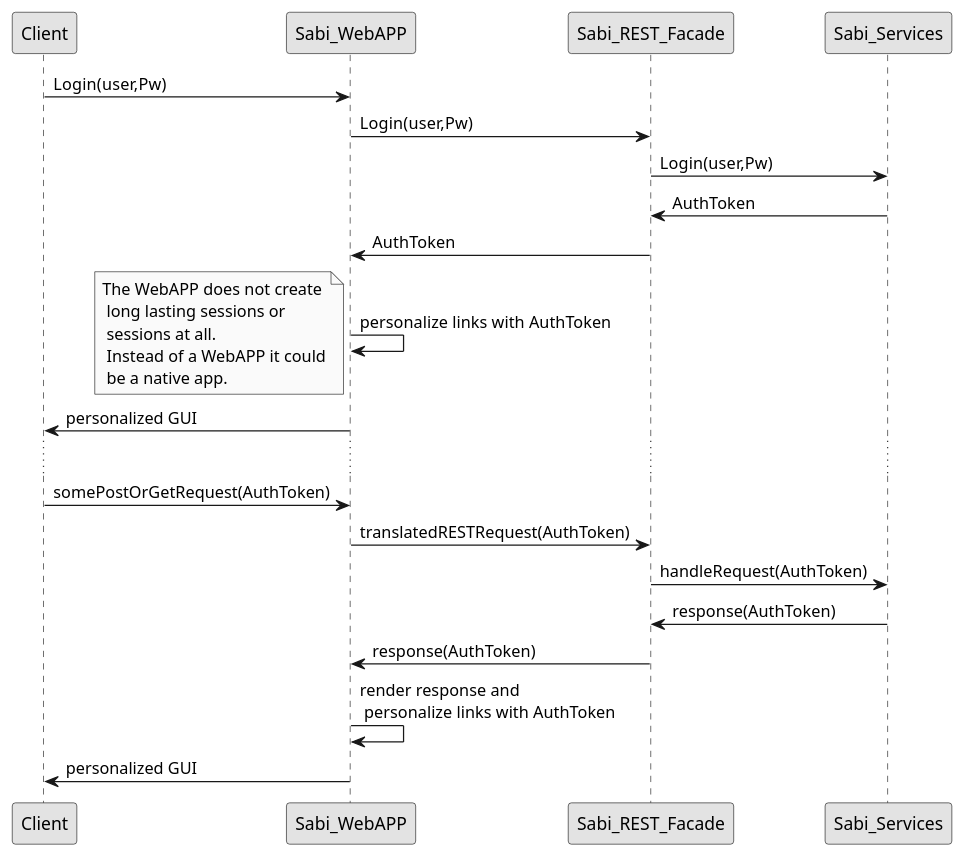
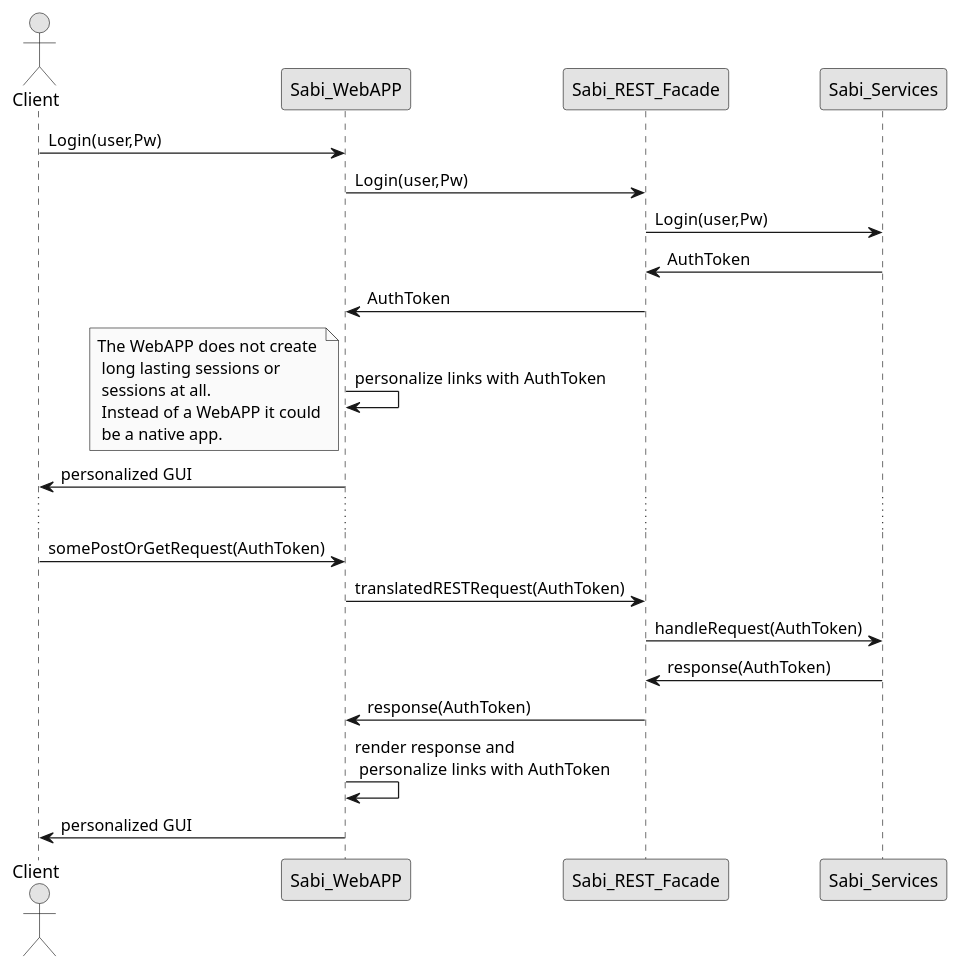
One commit to StefanSchubert/sabi changed the diagram in sabi-parent/sabi-server/UML/6_RuntimeView/Seq_Authorisation.puml. Above: the diagram before and after it, drawn with PlantUML. The commit also changed 5 other files, not shown here.

Commit message:
Maintained architectural views

```diff
--- a/sabi-parent/sabi-server/UML/6_RuntimeView/Seq_Authorisation.puml
+++ b/sabi-parent/sabi-server/UML/6_RuntimeView/Seq_Authorisation.puml
@@ -1,27 +1,29 @@
 @startuml
 
 skinparam monochrome true
 skinparam componentStyle uml2
+
+actor Client
 
 Client -> Sabi_WebAPP:Login(user,Pw)
 Sabi_WebAPP -> Sabi_REST_Facade:Login(user,Pw)
 Sabi_REST_Facade -> Sabi_Services:Login(user,Pw)
 Sabi_Services -> Sabi_REST_Facade:AuthToken
 Sabi_REST_Facade -> Sabi_WebAPP:AuthToken
 
 Sabi_WebAPP -> Sabi_WebAPP:personalize links with AuthToken
 note left: The WebAPP does not create\n long lasting sessions or\n sessions at all.\n Instead of a WebAPP it could\n be a native app.
 Client <- Sabi_WebAPP:personalized GUI
 
 ...
 
 Client -> Sabi_WebAPP:somePostOrGetRequest(AuthToken)
 Sabi_WebAPP -> Sabi_REST_Facade:translatedRESTRequest(AuthToken)
 Sabi_REST_Facade -> Sabi_Services:handleRequest(AuthToken)
 Sabi_REST_Facade <- Sabi_Services:response(AuthToken)
 Sabi_WebAPP <- Sabi_REST_Facade:response(AuthToken)
 Sabi_WebAPP -> Sabi_WebAPP:render response and\n personalize links with AuthToken
 Client <- Sabi_WebAPP:personalized GUI
 
 
 @enduml
```
